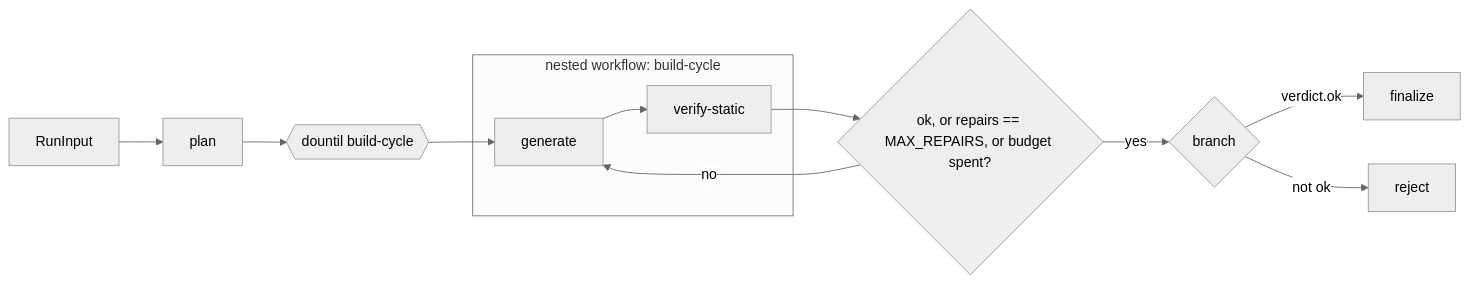
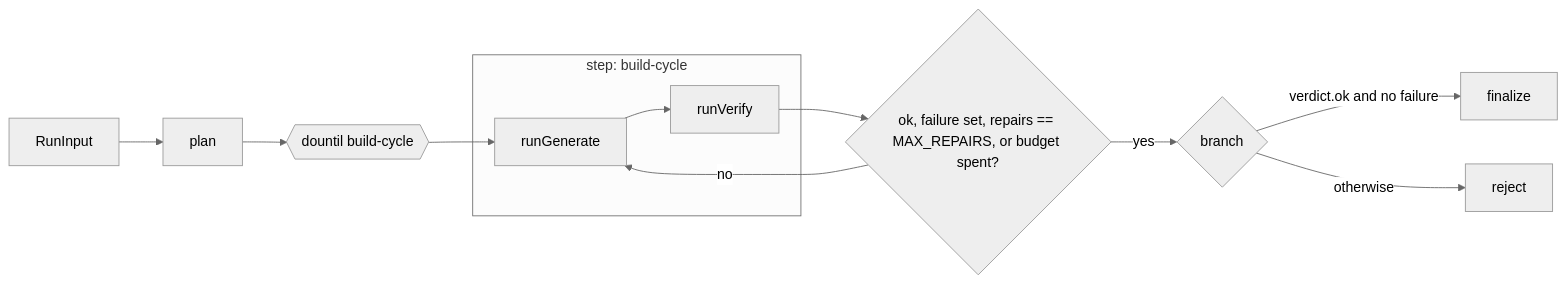
The first of 2 diagrams in docs/SPEC.md (soneeee22000/cartridge), drawn with Mermaid (neutral theme) before and after one commit. The commit also changed other lines of this file and 4 other files, not shown here.

````diff
--- a/docs/SPEC.md
+++ b/docs/SPEC.md
@@ -224,14 +242,14 @@
 ```mermaid
 flowchart LR
   IN[RunInput] --> P[plan]
   P --> L{{dountil build-cycle}}
-  subgraph build-cycle [nested workflow: build-cycle]
-    G[generate] --> V[verify-static]
+  subgraph build-cycle [step: build-cycle]
+    G[runGenerate] --> V[runVerify]
   end
   L --> G
-  V --> C{ok, or repairs == MAX_REPAIRS, or budget spent?}
+  V --> C{ok, failure set, repairs == MAX_REPAIRS, or budget spent?}
   C -- no --> G
   C -- yes --> B{branch}
-  B -- verdict.ok --> F[finalize]
-  B -- not ok --> R[reject]
+  B -- verdict.ok and no failure --> F[finalize]
+  B -- otherwise --> R[reject]
 ```
````
